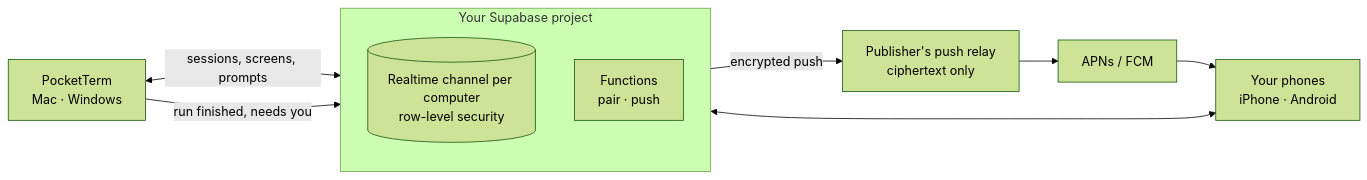
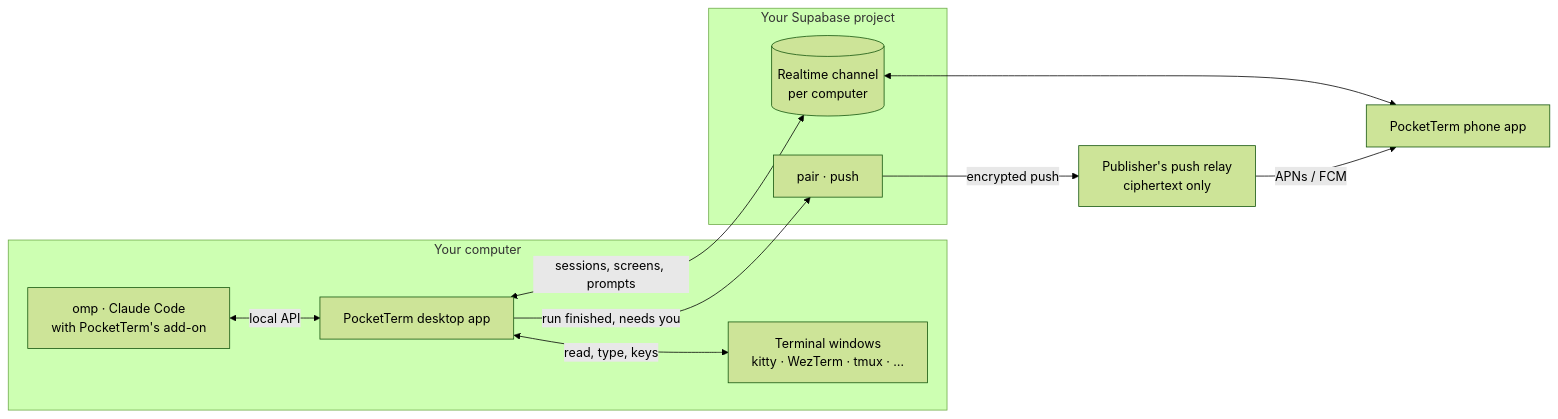
The diagram in README.md (danyzmaj-apps/pocketterm), drawn with Mermaid (forest theme) before and after one commit. The commit also changed other lines of this file and 31 other files, not shown here.

````diff
--- a/README.md
+++ b/README.md
@@ -104,17 +40,21 @@
 ```mermaid
 flowchart LR
-  desktop["PocketTerm<br/>Mac · Windows"]
+  subgraph computer ["Your computer"]
+    agents["omp · Claude Code<br/>with PocketTerm's add-on"]
+    terms["Terminal windows<br/>kitty · WezTerm · tmux · …"]
+    desktop["PocketTerm desktop app"]
+    agents <-->|"local API"| desktop
+    desktop <-->|"read, type, keys"| terms
+  end
   subgraph yours ["Your Supabase project"]
-    direction TB
-    rt[("Realtime channel per computer<br/>row-level security")]
-    fn["Functions<br/>pair · push"]
+    rt[("Realtime channel<br/>per computer")]
+    fn["pair · push"]
   end
-  phones["Your phones<br/>iPhone · Android"]
+  phone["PocketTerm phone app"]
   relay["Publisher's push relay<br/>ciphertext only"]
-  apns["APNs / FCM"]
   desktop <-->|"sessions, screens, prompts"| rt
-  rt <--> phones
+  rt <--> phone
   desktop -->|"run finished, needs you"| fn
   fn -->|"encrypted push"| relay
-  relay --> apns --> phones
+  relay -->|"APNs / FCM"| phone
 ```
````
